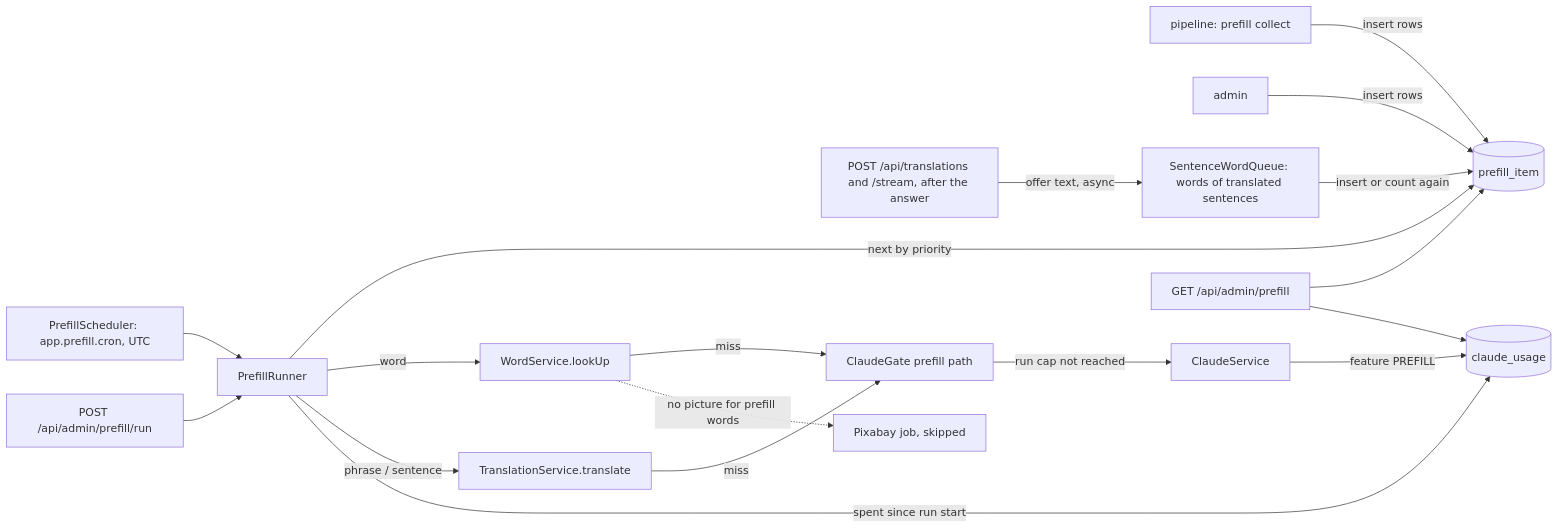
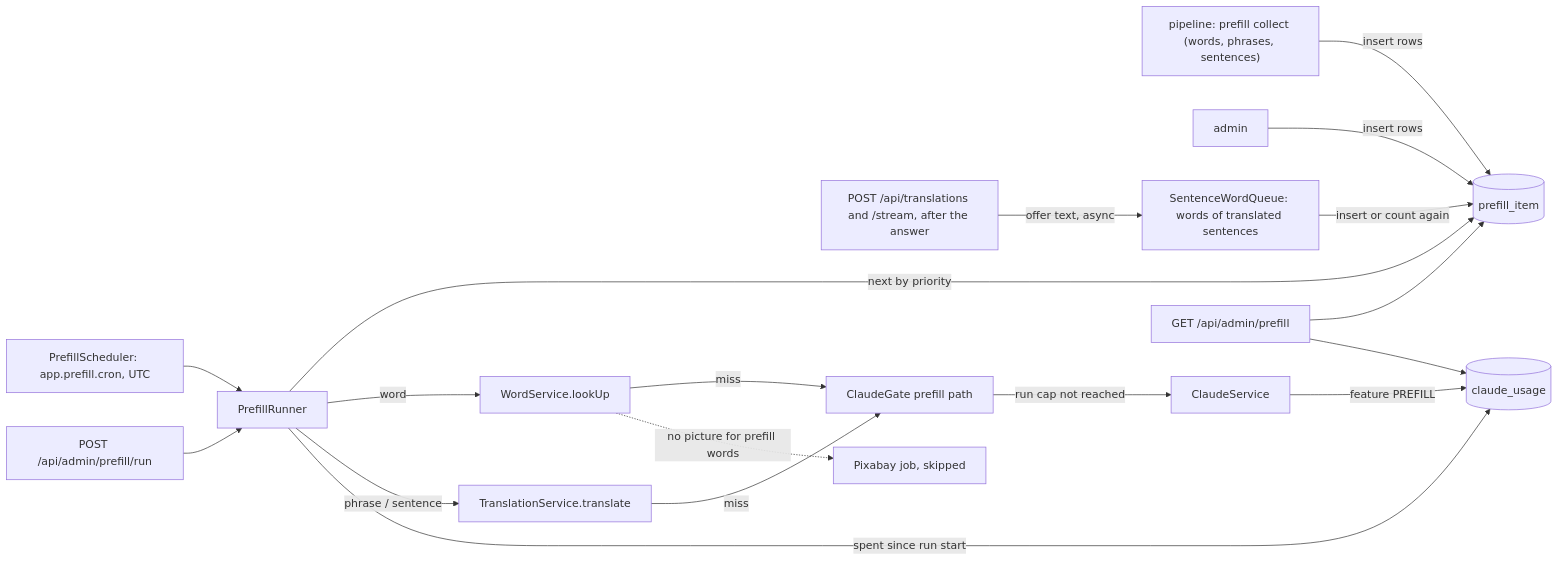
Before and after one commit to tranphuocloc070699/saynata: the first of 3 diagrams in backlog/docs/features/doc-18 - Prefill.md, drawn with Mermaid. The commit also changed other lines of this file and 8 other files, not shown here.

First line of the commit message:
TASK-83.11: common everyday sentences into the prefill queue

````diff
--- a/backlog/docs/features/doc-18 - Prefill.md
+++ b/backlog/docs/features/doc-18 - Prefill.md
@@ -21,20 +21,20 @@
 ```mermaid
 flowchart LR
-    PIPE[pipeline: prefill collect] -->|insert rows| Q[(prefill_item)]
+    PIPE["pipeline: prefill collect (words, phrases, sentences)"] -->|insert rows| Q[(prefill_item)]
     ADM[admin] -->|insert rows| Q
     SW["SentenceWordQueue: words of translated sentences"] -->|insert or count again| Q
     TC["POST /api/translations and /stream, after the answer"] -->|offer text, async| SW
     CRON[PrefillScheduler: app.prefill.cron, UTC] --> R[PrefillRunner]
     API["POST /api/admin/prefill/run"] --> R
     R -->|next by priority| Q
     R -->|word| WS[WordService.lookUp]
     R -->|"phrase / sentence"| TS[TranslationService.translate]
     WS -->|miss| GATE[ClaudeGate prefill path]
     TS -->|miss| GATE
     GATE -->|"run cap not reached"| CL[ClaudeService]
     CL -->|"feature PREFILL"| USE[(claude_usage)]
     R -->|"spent since run start"| USE
     WS -.->|no picture for prefill words| MEDIA[Pixabay job, skipped]
     OV["GET /api/admin/prefill"] --> Q
     OV --> USE
 ```
````
